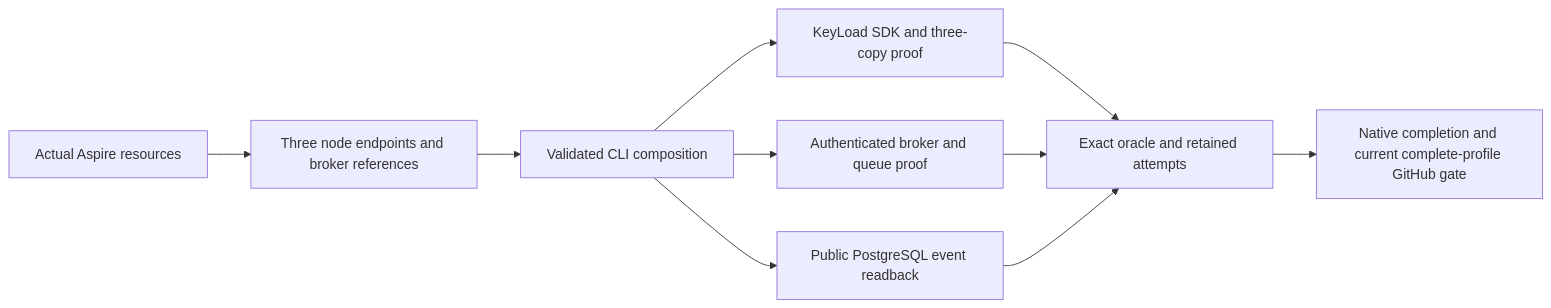
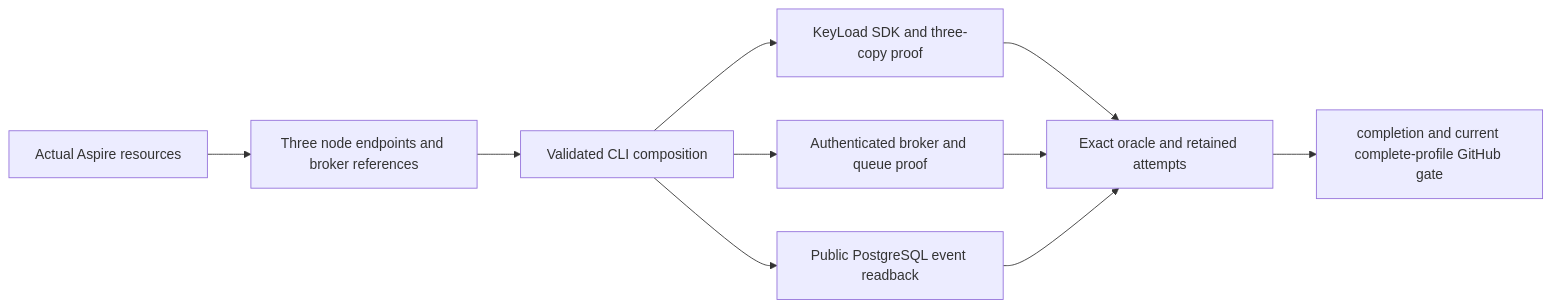
The third of 11 diagrams in docs/Features/BenchmarkComparisons.md (managedcode/KeyLoad), drawn with Mermaid before and after one commit. The commit also changed other lines of this file and 9016 other files, not shown here.

````diff
--- a/docs/Features/BenchmarkComparisons.md
+++ b/docs/Features/BenchmarkComparisons.md
@@ -175,12 +175,12 @@
 ```mermaid
 flowchart LR
     Aspire[Actual Aspire resources] --> Bindings[Three node endpoints and broker references]
     Bindings --> Host[Validated CLI composition]
     Host --> cluster[KeyLoad SDK and three-copy proof]
     Host --> Rabbit[Authenticated broker and queue proof]
     Host --> PG[Public PostgreSQL event readback]
     cluster --> Report[Exact oracle and retained attempts]
     Rabbit --> Report
     PG --> Report
-    Report --> Gate[Native completion and current complete-profile GitHub gate]
+    Report --> Gate[completion and current complete-profile GitHub gate]
 ```
````
